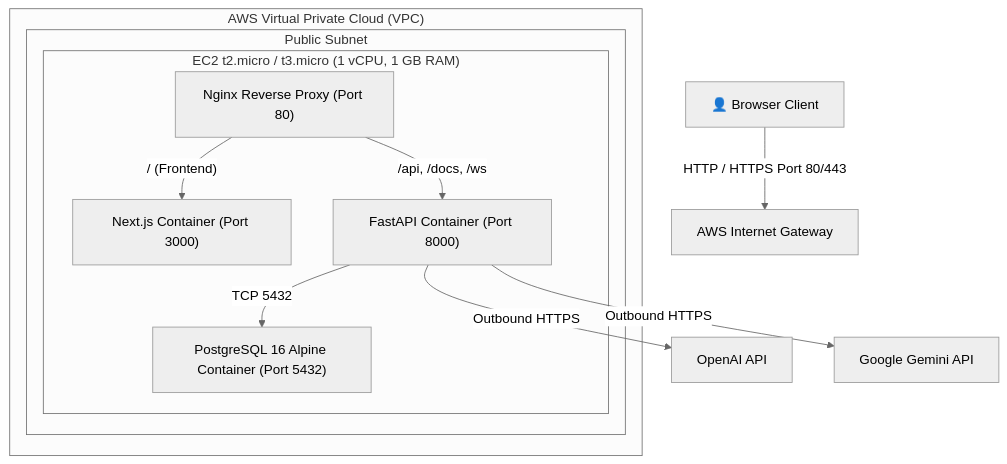
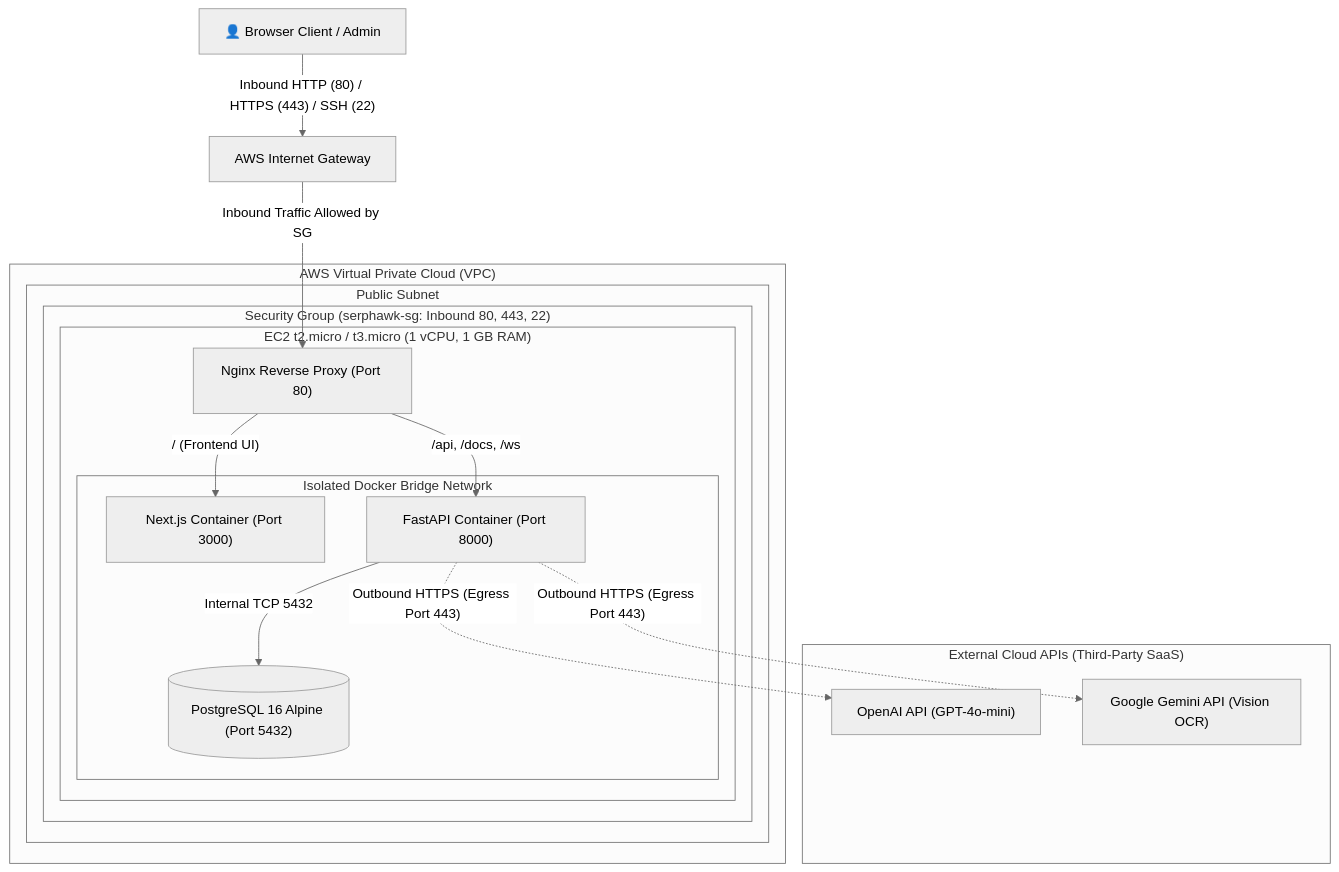
Before and after one commit to abhishekcsshetty/SERP-Hawk-CRM-V2: the diagram in README.md, drawn with Mermaid (neutral theme). The commit also changed other lines of this file, not shown here.

````diff
--- a/README.md
+++ b/README.md
@@ -60,20 +60,35 @@
 ```mermaid
 graph TD
-    User["👤 Browser Client"] -->|"HTTP / HTTPS Port 80/443"| IGW["AWS Internet Gateway"]
-    
+    User["👤 Browser Client / Admin"] -->|"Inbound HTTP (80) / HTTPS (443) / SSH (22)"| IGW["AWS Internet Gateway"]
+
     subgraph VPC["AWS Virtual Private Cloud (VPC)"]
         subgraph PublicSubnet["Public Subnet"]
-            subgraph EC2["EC2 t2.micro / t3.micro (1 vCPU, 1 GB RAM)"]
-                Nginx["Nginx Reverse Proxy (Port 80)"]
-                
-                Nginx -->|"/ (Frontend)"| Frontend["Next.js Container (Port 3000)"]
-                Nginx -->|"/api, /docs, /ws"| Backend["FastAPI Container (Port 8000)"]
-                
-                Backend -->|"TCP 5432"| DB["PostgreSQL 16 Alpine Container (Port 5432)"]
+            subgraph SG["Security Group (serphawk-sg: Inbound 80, 443, 22)"]
+                subgraph EC2["EC2 t2.micro / t3.micro (1 vCPU, 1 GB RAM)"]
+                    Nginx["Nginx Reverse Proxy (Port 80)"]
+                    
+                    subgraph DockerNetwork["Isolated Docker Bridge Network"]
+                        Frontend["Next.js Container (Port 3000)"]
+                        Backend["FastAPI Container (Port 8000)"]
+                        DB[("PostgreSQL 16 Alpine (Port 5432)")]
+                    end
+                end
             end
         end
     end
-    
-    Backend -->|"Outbound HTTPS"| OpenAI["OpenAI API"]
-    Backend -->|"Outbound HTTPS"| Gemini["Google Gemini API"]
+
+    %% Inbound Traffic Flow
+    IGW -->|"Inbound Traffic Allowed by SG"| Nginx
+    Nginx -->|"/ (Frontend UI)"| Frontend
+    Nginx -->|"/api, /docs, /ws"| Backend
+    Backend -->|"Internal TCP 5432"| DB
+
+    %% Outbound Traffic (External AI APIs)
+    subgraph External["External Cloud APIs (Third-Party SaaS)"]
+        OpenAI["OpenAI API (GPT-4o-mini)"]
+        Gemini["Google Gemini API (Vision OCR)"]
+    end
+
+    Backend -.->|"Outbound HTTPS (Egress Port 443)"| OpenAI
+    Backend -.->|"Outbound HTTPS (Egress Port 443)"| Gemini
 ```
````
